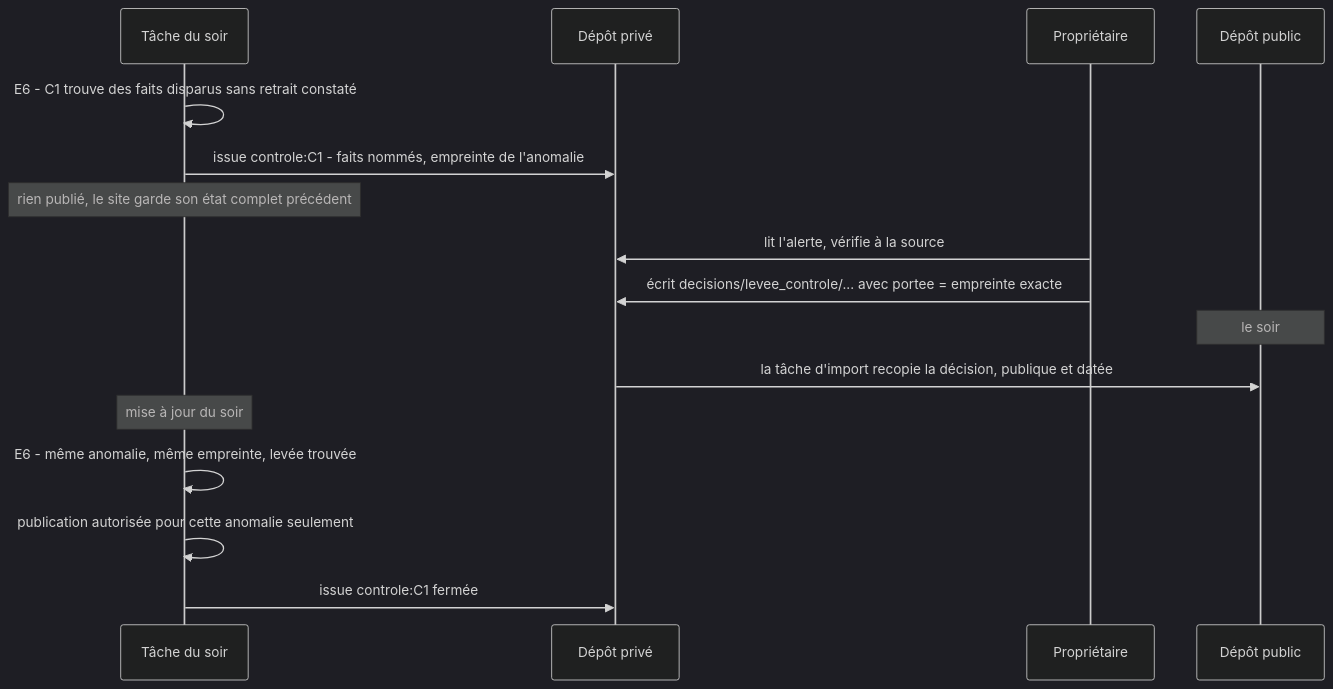
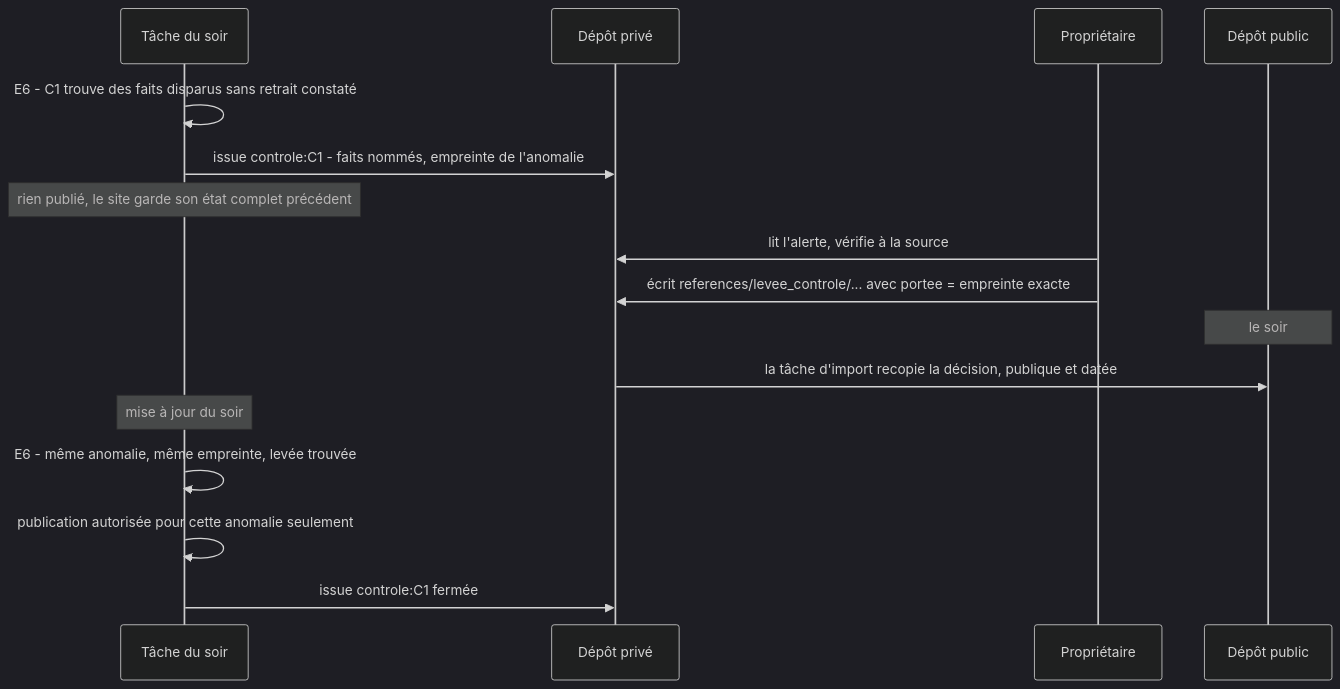
One commit to stephieED/Empreinte-politique-new-pipeline-test changed the fifth of 11 diagrams in livrables/2-processus-collecte-publication.md. Above: the diagram before and after it, drawn with Mermaid (dark theme). The commit also changed other lines of this file and 24 other files, not shown here.

````diff
--- a/livrables/2-processus-collecte-publication.md
+++ b/livrables/2-processus-collecte-publication.md
@@ -499,19 +499,19 @@
 ```mermaid
 sequenceDiagram
     participant T as Tâche du soir
     participant PR as Dépôt privé
     participant P as Propriétaire
     participant PU as Dépôt public
 
     T->>T: E6 - C1 trouve des faits disparus sans retrait constaté
     T->>PR: issue controle:C1 - faits nommés, empreinte de l'anomalie
     Note over T: rien publié, le site garde son état complet précédent
     P->>PR: lit l'alerte, vérifie à la source
-    P->>PR: écrit decisions/levee_controle/... avec portee = empreinte exacte
+    P->>PR: écrit references/levee_controle/... avec portee = empreinte exacte
     Note over PU: le soir
     PR->>PU: la tâche d'import recopie la décision, publique et datée
     Note over T: mise à jour du soir
     T->>T: E6 - même anomalie, même empreinte, levée trouvée
     T->>T: publication autorisée pour cette anomalie seulement
     T->>PR: issue controle:C1 fermée
 ```
````
